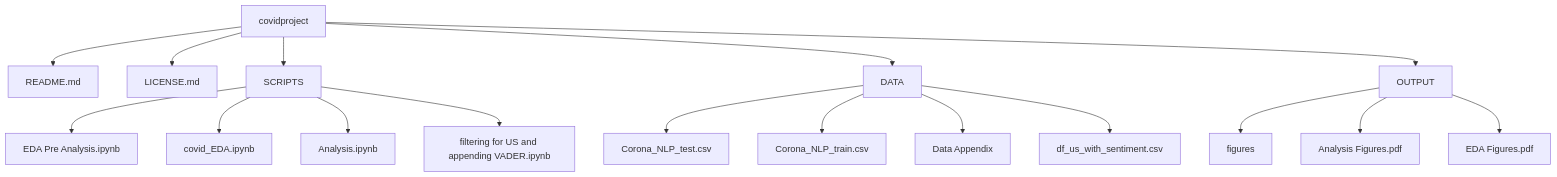
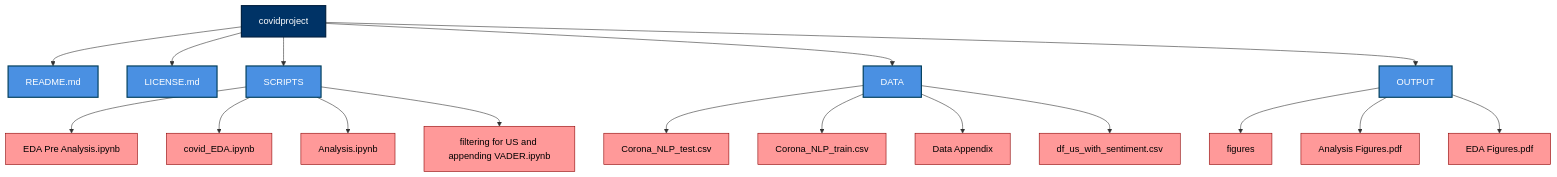
The diagram in README.md (l-e13/covidproject), drawn with Mermaid before and after one commit. The commit also changed other lines of this file, not shown here.

````diff
--- a/README.md
+++ b/README.md
@@ -33,37 +34,60 @@
 ```mermaid
 graph TB
   A[covidproject]
   A1[README.md]
   A2[LICENSE.md]
   B[SCRIPTS]
   B1[EDA Pre Analysis.ipynb]
   B2[covid_EDA.ipynb]
   B3[Analysis.ipynb]
   B4[filtering for US and appending VADER.ipynb]
   C[DATA]
   C1[Corona_NLP_test.csv]
   C2[Corona_NLP_train.csv]
   C4[df_us_with_sentiment.csv]
   C3[Data Appendix]
   D[OUTPUT]
   D1[figures]
   D2[Analysis Figures.pdf]
   D3[EDA Figures.pdf]
 
   A --> A1
   A --> A2
   A --> B
   B --> B1
   B --> B2
   B --> B3
   B --> B4
   A --> C
   C --> C1
   C --> C2
   C --> C3
   C --> C4
   A --> D
   D --> D1
   D --> D2
   D --> D3
+
+  %% Styling for main project folder (Dark Blue)
+  style A fill:#003366,stroke:#001f3f,stroke-width:2px,color:white;
+
+  %% Styling for main categories (Light Blue)
+  style A1 fill:#4a90e2,stroke:#003d5b,stroke-width:2px,color:white;
+  style A2 fill:#4a90e2,stroke:#003d5b,stroke-width:2px,color:white;
+  style B fill:#4a90e2,stroke:#003d5b,stroke-width:2px,color:white;
+  style C fill:#4a90e2,stroke:#003d5b,stroke-width:2px,color:white;
+  style D fill:#4a90e2,stroke:#003d5b,stroke-width:2px,color:white;
+
+  %% Styling for subsets (Light Red)
+  style B1 fill:#ff9999,stroke:#8b0000,stroke-width:1px,color:black;
+  style B2 fill:#ff9999,stroke:#8b0000,stroke-width:1px,color:black;
+  style B3 fill:#ff9999,stroke:#8b0000,stroke-width:1px,color:black;
+  style B4 fill:#ff9999,stroke:#8b0000,stroke-width:1px,color:black;
+  style C1 fill:#ff9999,stroke:#8b0000,stroke-width:1px,color:black;
+  style C2 fill:#ff9999,stroke:#8b0000,stroke-width:1px,color:black;
+  style C3 fill:#ff9999,stroke:#8b0000,stroke-width:1px,color:black;
+  style C4 fill:#ff9999,stroke:#8b0000,stroke-width:1px,color:black;
+  style D1 fill:#ff9999,stroke:#8b0000,stroke-width:1px,color:black;
+  style D2 fill:#ff9999,stroke:#8b0000,stroke-width:1px,color:black;
+  style D3 fill:#ff9999,stroke:#8b0000,stroke-width:1px,color:black;
 ```
````
